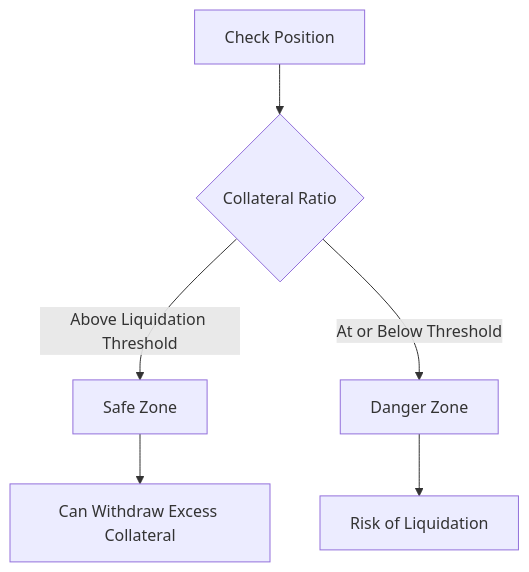
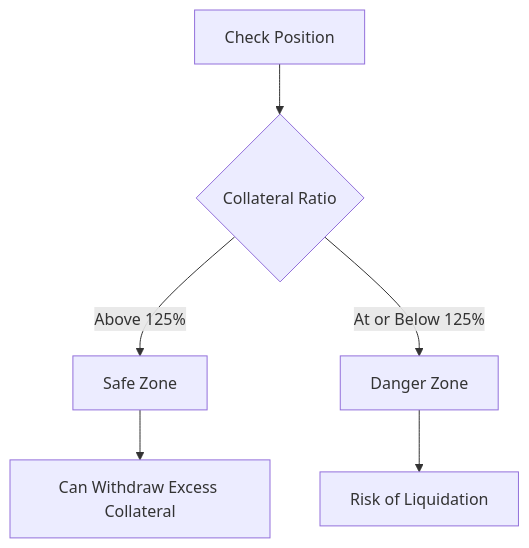
Before and after one commit to Morpher-io/uspd_website: the diagram in app/docs/stabilizers/add-collateral/page.mdx, drawn with Mermaid. The commit also changed other lines of this file and 2 other files, not shown here.

Commit message:
docs: Clarify liquidation threshold based on liquidator NFT ID

````diff
--- a/app/docs/stabilizers/add-collateral/page.mdx
+++ b/app/docs/stabilizers/add-collateral/page.mdx
@@ -29,8 +29,8 @@
 ```mermaid
 graph TD
     A[Check Position] --> B{Collateral Ratio}
-    B -->|Above Liquidation Threshold| C[Safe Zone]
-    B -->|At or Below Threshold| D[Danger Zone]
+    B -->|Above 125%| C[Safe Zone]
+    B -->|At or Below 125%| D[Danger Zone]
     C --> E[Can Withdraw Excess Collateral]
     D --> F[Risk of Liquidation]
 ```
````
